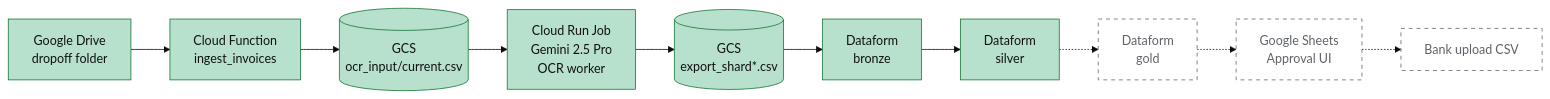
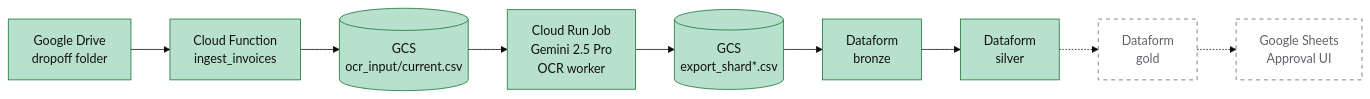
One commit to Oskar-Butler/bank-detail-pipeline-scripts changed the diagram in README.md. Above: the diagram before and after it, drawn with Mermaid (base theme). The commit also changed other lines of this file, not shown here.

````diff
--- a/README.md
+++ b/README.md
@@ -34,15 +33,14 @@
 ```mermaid
 flowchart LR
     A[Google Drive<br/>dropoff folder]:::prod --> B[Cloud Function<br/>ingest_invoices]:::prod
     B --> C[(GCS<br/>ocr_input/current.csv)]:::prod
     C --> D[Cloud Run Job<br/>Gemini 2.5 Pro<br/>OCR worker]:::prod
     D --> E[(GCS<br/>export_shard*.csv)]:::prod
     E --> F[Dataform<br/>bronze]:::prod
     F --> G[Dataform<br/>silver]:::prod
     G -.-> H[Dataform<br/>gold]:::design
     H -.-> I[Google Sheets<br/>Approval UI]:::design
-    I -.-> J[Bank upload CSV]:::design
 
     classDef prod   fill:#b7e1cd,stroke:#137333,stroke-width:1px,color:#111
     classDef design fill:#fff,stroke:#5f6368,stroke-width:1px,color:#5f6368,stroke-dasharray:5 5
 ```
````
